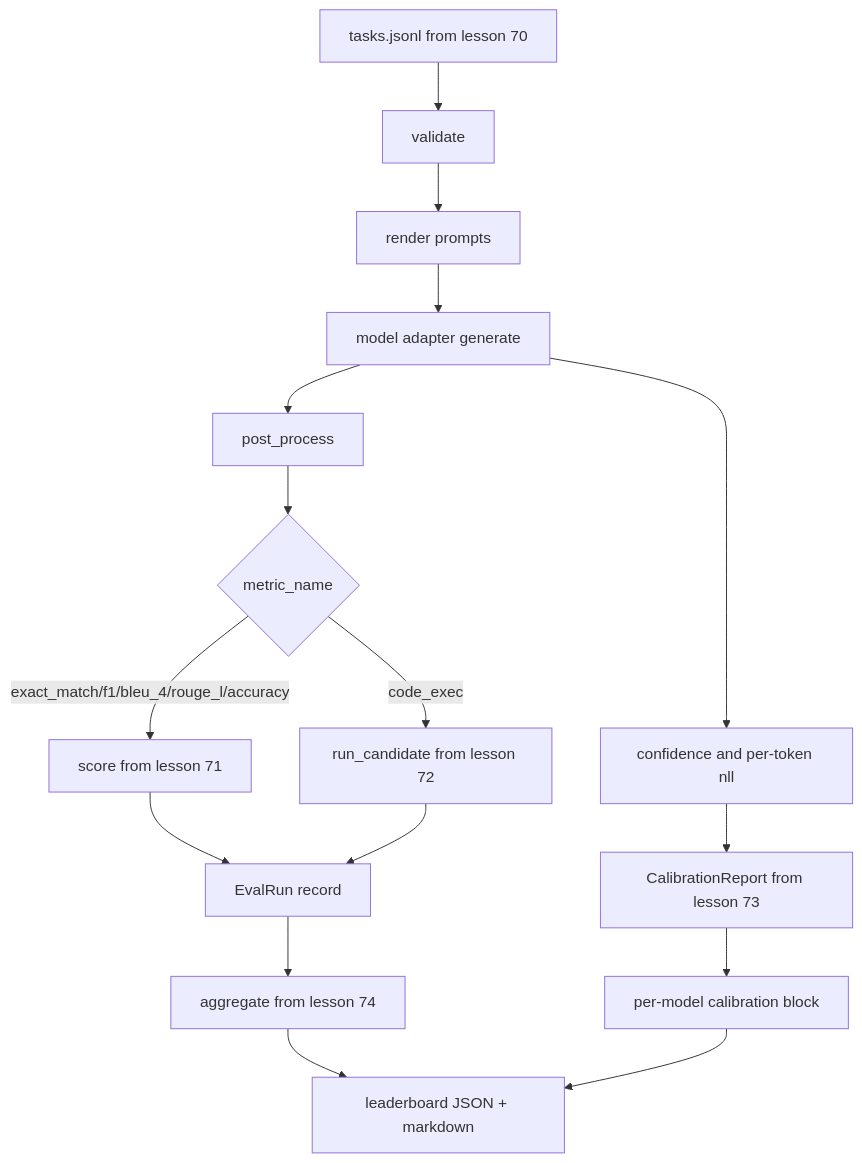
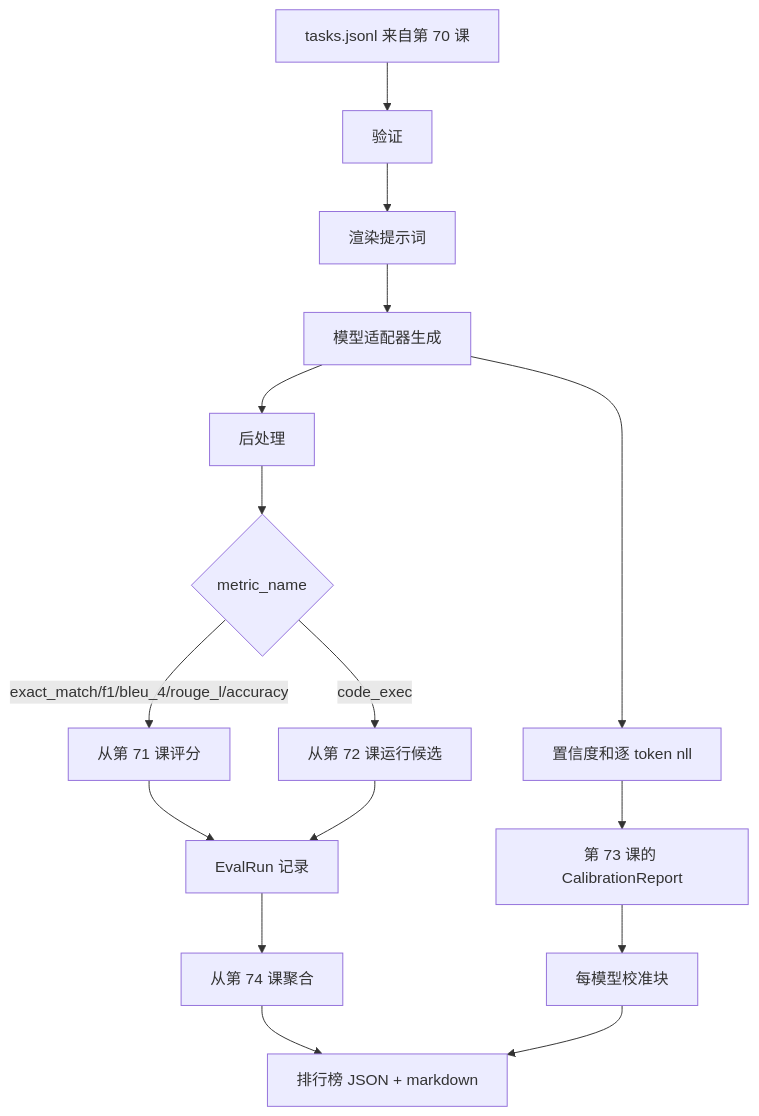
One commit to guangningsun/ailearning changed the diagram in lessons/19-capstone-projects/75-end-to-end-eval-runner/docs/zh.md. Above: the diagram before and after it, drawn with Mermaid. The commit also changed other lines of this file and 85 other files, not shown here.

````diff
--- a/lessons/19-capstone-projects/75-end-to-end-eval-runner/docs/zh.md
+++ b/lessons/19-capstone-projects/75-end-to-end-eval-runner/docs/zh.md
@@ -20,18 +20,18 @@
 ```mermaid
 flowchart TD
-    A[tasks.jsonl from lesson 70] --> B[validate]
-    B --> C[render prompts]
-    C --> D[model adapter generate]
-    D --> E[post_process]
+    A[tasks.jsonl 来自第 70 课] --> B[验证]
+    B --> C[渲染提示词]
+    C --> D[模型适配器生成]
+    D --> E[后处理]
     E --> F{metric_name}
-    F -->|exact_match/f1/bleu_4/rouge_l/accuracy| G[score from lesson 71]
-    F -->|code_exec| H[run_candidate from lesson 72]
-    G --> R[EvalRun record]
+    F -->|exact_match/f1/bleu_4/rouge_l/accuracy| G[从第 71 课评分]
+    F -->|code_exec| H[从第 72 课运行候选]
+    G --> R[EvalRun 记录]
     H --> R
-    D --> S[confidence and per-token nll]
-    S --> T[CalibrationReport from lesson 73]
-    R --> U[aggregate from lesson 74]
-    T --> V[per-model calibration block]
-    U --> W[leaderboard JSON + markdown]
+    D --> S[置信度和逐 token nll]
+    S --> T[第 73 课的 CalibrationReport]
+    R --> U[从第 74 课聚合]
+    T --> V[每模型校准块]
+    U --> W[排行榜 JSON + markdown]
     V --> W
 ```
````
